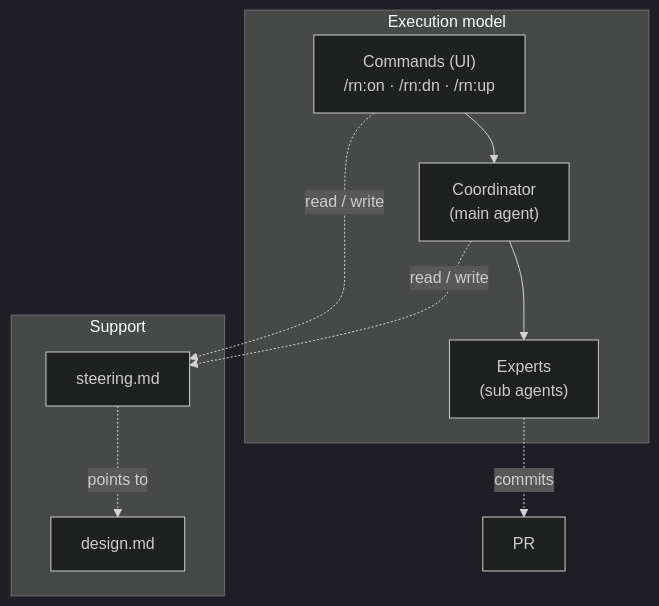
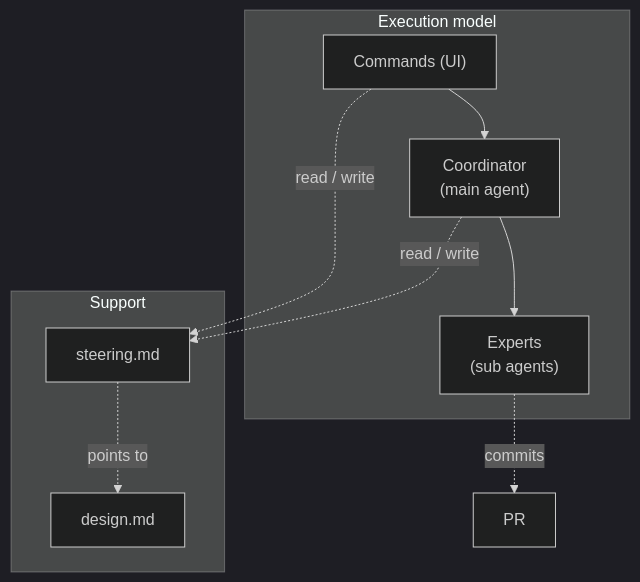
One commit to lovaizu/ccpm changed the first of 2 diagrams in rn/docs/design.md. Above: the diagram before and after it, drawn with Mermaid (dark theme).

Commit message:
docs(rn): reorder Approach before Structure; drop command names from Structure node
Read top-down as why → what → how: Context → Approach → Structure → Flow.
Structure's Commands node no longer repeats /rn:on·dn·up (they appear in the
Flow diagram).

````diff
--- a/rn/docs/design.md
+++ b/rn/docs/design.md
@@ -28,13 +54,13 @@
 ```mermaid
 flowchart TD
   subgraph execution["Execution model"]
-    cmd["Commands (UI)<br/>/rn:on · /rn:dn · /rn:up"] --> coord["Coordinator<br/>(main agent)"]
+    cmd["Commands (UI)"] --> coord["Coordinator<br/>(main agent)"]
     coord --> exp["Experts<br/>(sub agents)"]
   end
   subgraph support["Support"]
     steer["steering.md"] -. points to .-> dsgn["design.md"]
   end
   cmd -. read / write .-> steer
   coord -. read / write .-> steer
   exp -. commits .-> pr["PR"]
 ```
````
